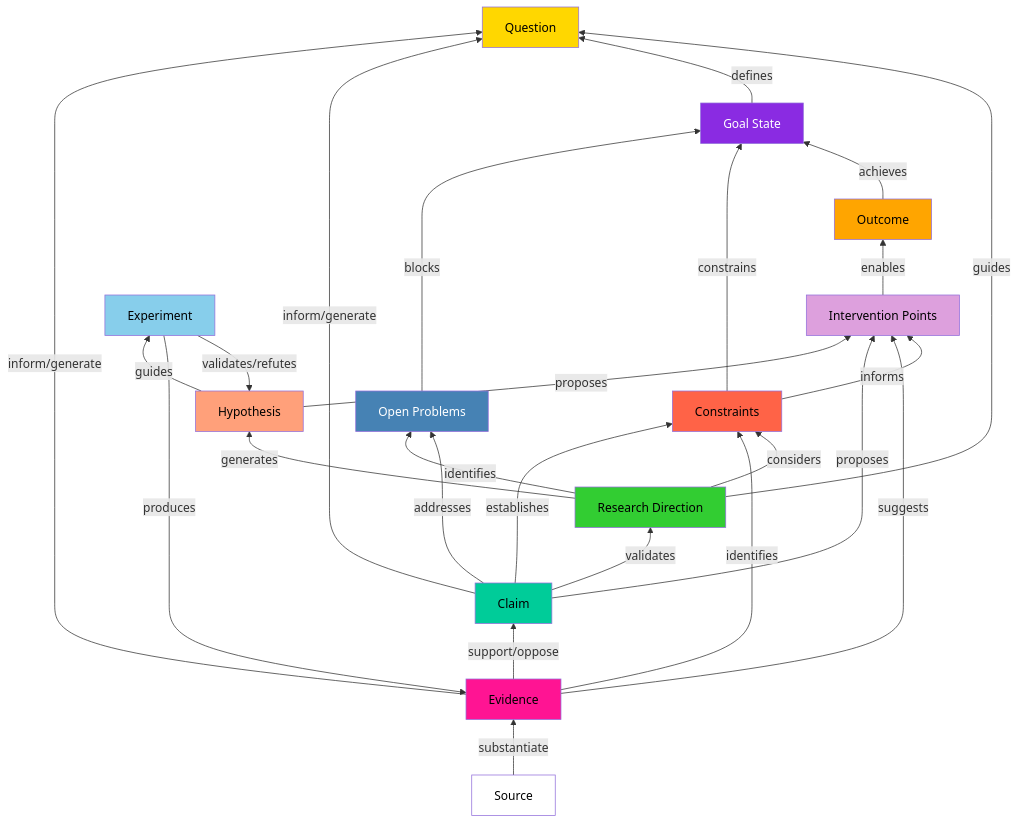
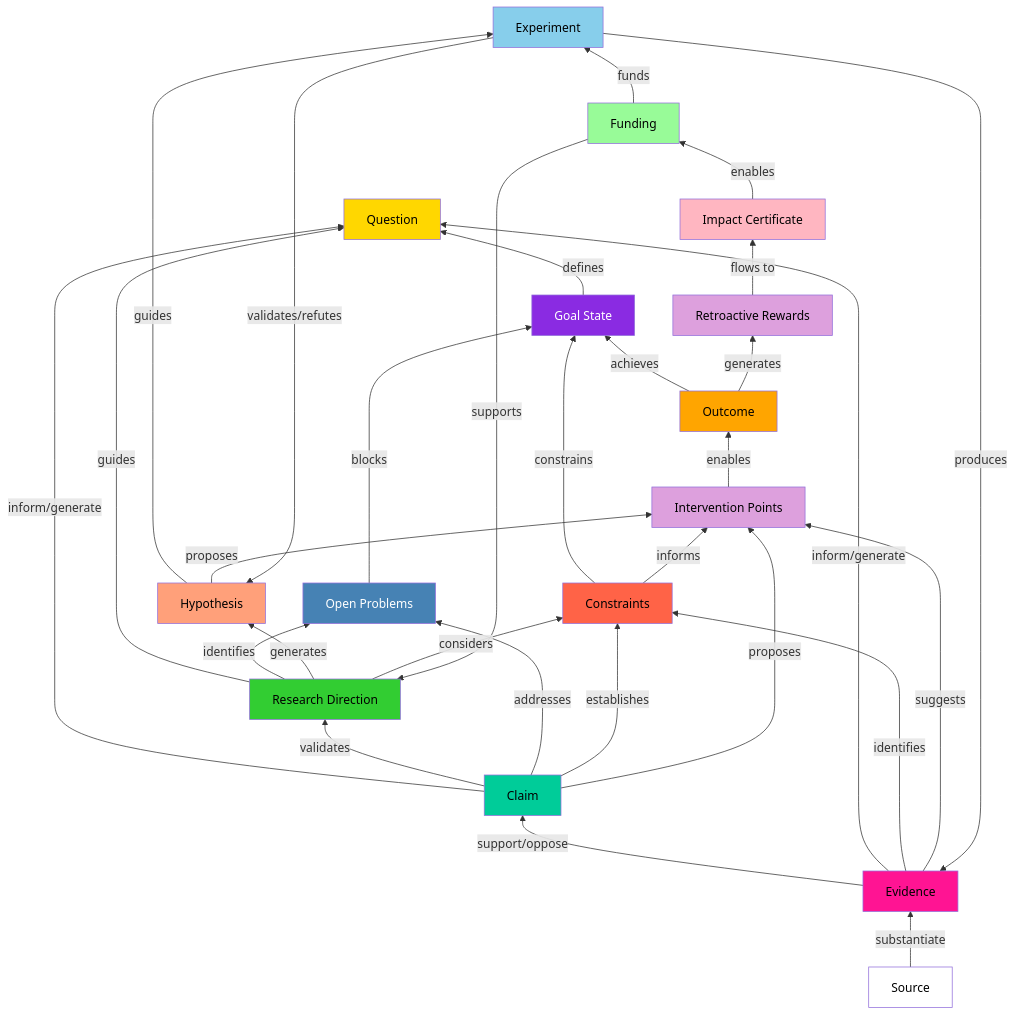
The second of 2 diagrams in content/GraphsForDeSci.md (DarrenZal/Quartz), drawn with Mermaid before and after one commit. The commit also changed other lines of this file and 1 other file, not shown here.

````diff
--- a/content/GraphsForDeSci.md
+++ b/content/GraphsForDeSci.md
@@ -58,58 +114,71 @@
 ```mermaid
 graph BT
     S[Source]
     E[Evidence]
     C[Claim]
     Q[Question]
     
     RD[Research Direction]
     G[Goal State]
     OP[Open Problems]
     M[Constraints]
     IV[Intervention Points]
     O[Outcome]
     H[Hypothesis]
     EX[Experiment]
+    
+    IC[Impact Certificate]
+    F[Funding]
+    RR[Retroactive Rewards]
     
     S -->|"substantiate"| E
     E -->|"support/oppose"| C
     E -->|"inform/generate"| Q
     C -->|"inform/generate"| Q
     
     G -->|"defines"| Q
     RD -->|"guides"| Q
     RD -->|"identifies"| OP
     OP -->|"blocks"| G
     M -->|"constrains"| G
     IV -->|"enables"| O
     O -->|"achieves"| G
     
     RD -->|"generates"| H
     H -->|"guides"| EX
     EX -->|"produces"| E
     EX -->|"validates/refutes"| H
     H -->|"proposes"| IV
     
     C -->|"validates"| RD
     C -->|"addresses"| OP
     C -->|"establishes"| M
     C -->|"proposes"| IV
     E -->|"identifies"| M
     E -->|"suggests"| IV
     
     M -->|"informs"| IV
     RD -->|"considers"| M
     
+    IC -->|"enables"| F
+    F -->|"supports"| RD
+    F -->|"funds"| EX
+    O -->|"generates"| RR
+    RR -->|"flows to"| IC
+    
     style Q fill:#ffd700,color:#000
     style C fill:#00cc99,color:#000
     style E fill:#ff1493,color:#000
     style S fill:#ffffff,color:#000
     style G fill:#8a2be2,color:#fff
     style M fill:#ff6347,color:#000
     style OP fill:#4682b4,color:#fff
     style RD fill:#32cd32,color:#000
     style IV fill:#dda0dd,color:#000
     style O fill:#ffa500,color:#000
     style H fill:#FFA07A,color:#000
     style EX fill:#87CEEB,color:#000
+    style IC fill:#FFB6C1,color:#000
+    style F fill:#98FB98,color:#000
+    style RR fill:#DDA0DD,color:#000
 ```
````
